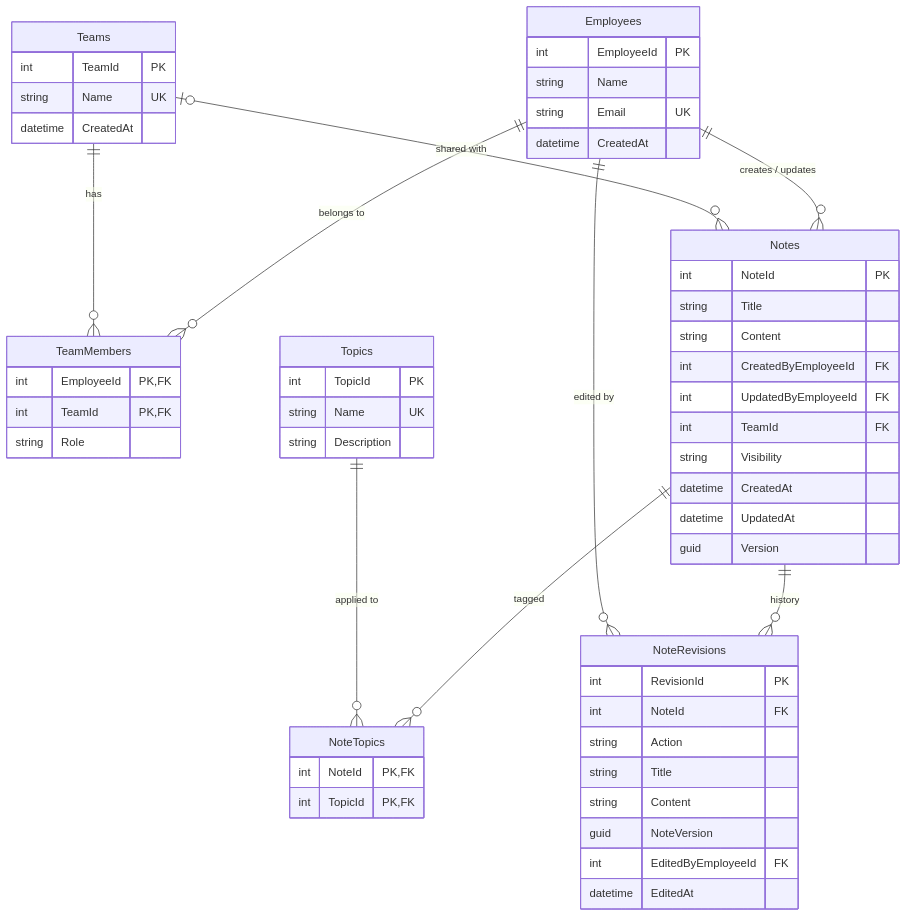
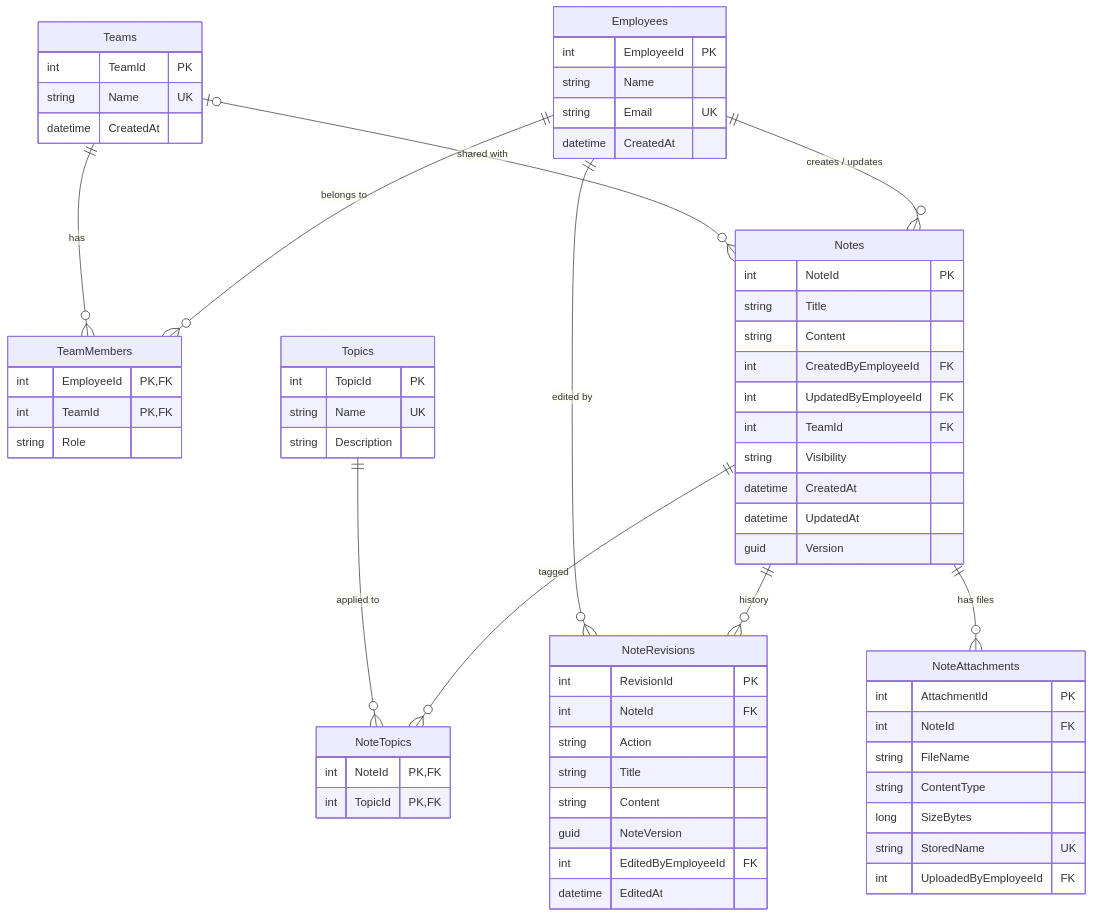
Before and after one commit to SamuelSwanson/teamNotes: the diagram in README.md, drawn with Mermaid. The commit also changed other lines of this file and 17 other files, not shown here.

````diff
--- a/README.md
+++ b/README.md
@@ -58,44 +59,52 @@
 ```mermaid
 erDiagram
     Employees ||--o{ TeamMembers : "belongs to"
     Teams ||--o{ TeamMembers : "has"
     Employees ||--o{ Notes : "creates / updates"
     Teams |o--o{ Notes : "shared with"
     Notes ||--o{ NoteTopics : "tagged"
     Topics ||--o{ NoteTopics : "applied to"
     Notes ||--o{ NoteRevisions : "history"
     Employees ||--o{ NoteRevisions : "edited by"
+    Notes ||--o{ NoteAttachments : "has files"
     Employees { int EmployeeId PK
         string Name
         string Email UK
         datetime CreatedAt }
     Teams { int TeamId PK
         string Name UK
         datetime CreatedAt }
     TeamMembers { int EmployeeId PK,FK
         int TeamId PK,FK
         string Role }
     Notes { int NoteId PK
         string Title
         string Content
         int CreatedByEmployeeId FK
         int UpdatedByEmployeeId FK
         int TeamId FK
         string Visibility
         datetime CreatedAt
         datetime UpdatedAt
         guid Version }
     Topics { int TopicId PK
         string Name UK
         string Description }
     NoteTopics { int NoteId PK,FK
         int TopicId PK,FK }
     NoteRevisions { int RevisionId PK
         int NoteId FK
         string Action
         string Title
         string Content
         guid NoteVersion
         int EditedByEmployeeId FK
         datetime EditedAt }
+    NoteAttachments { int AttachmentId PK
+        int NoteId FK
+        string FileName
+        string ContentType
+        long SizeBytes
+        string StoredName UK
+        int UploadedByEmployeeId FK }
 ```
````
